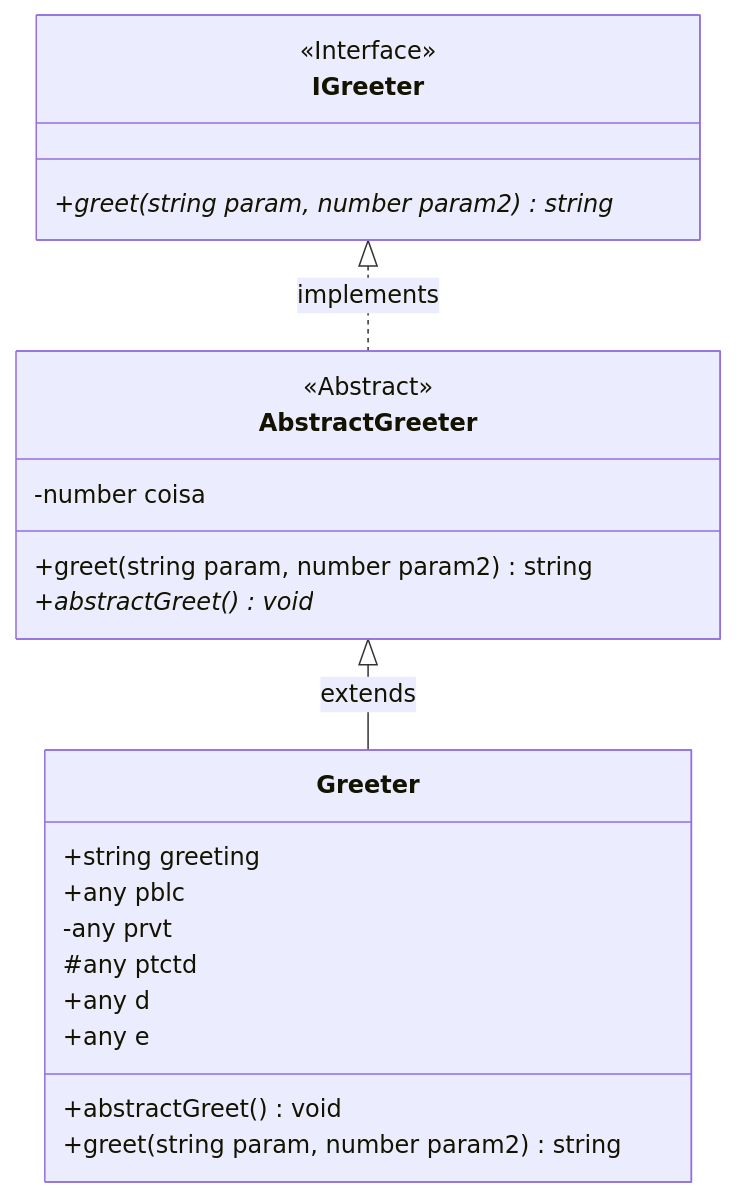
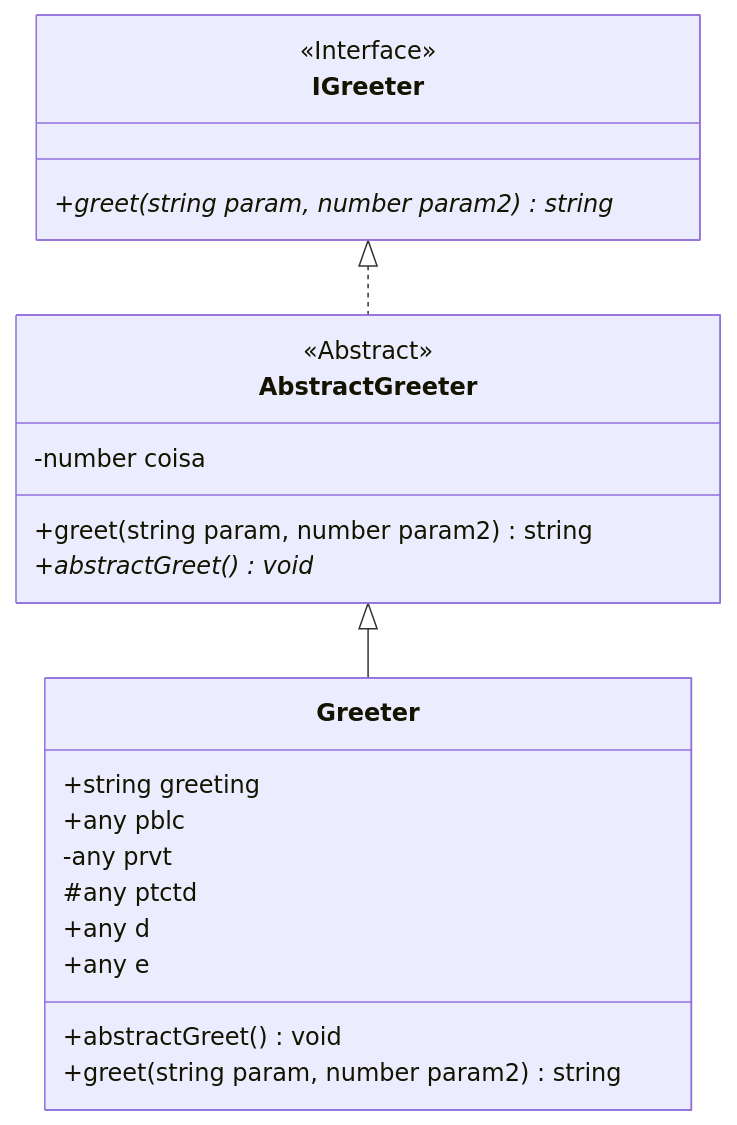
One commit to Fxlipe115/ts-node-uml changed the diagram in examples/greeter.mmd. Above: the diagram before and after it, drawn with Mermaid. The commit also changed 4 other files, not shown here.

```diff
--- a/examples/greeter.mmd
+++ b/examples/greeter.mmd
@@ -1,23 +1,23 @@
 classDiagram
+class AbstractGreeter{
+	<<Abstract>>
+	-number coisa
+	+greet(string param, number param2) string
+	+abstractGreet() void*
+}
+IGreeter <|.. AbstractGreeter
+class Greeter{
+	+string greeting
+	+any pblc
+	-any prvt
+	#any ptctd
+	+any d
+	+any e
+	+abstractGreet() void
+	+greet(string param, number param2) string
+}
+AbstractGreeter <|-- Greeter
 class IGreeter{
-        <<Interface>>
-        +greet(string param, number param2) string*
+	<<Interface>>
+	+greet(string param, number param2) string*
 }
-class AbstractGreeter{
-        <<Abstract>>
-        -number coisa
-        +greet(string param, number param2) string
-        +abstractGreet() void*
-}
-IGreeter <|.. AbstractGreeter : implements
-class Greeter{
-        +string greeting
-        +any pblc
-        -any prvt
-        #any ptctd
-        +any d
-        +any e
-        +abstractGreet() void
-        +greet(string param, number param2) string
-}
-AbstractGreeter <|-- Greeter : extends
```
